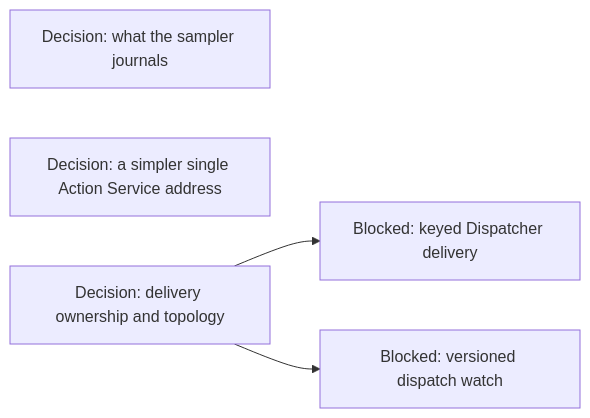
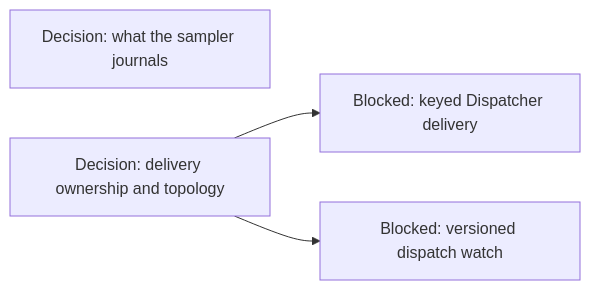
One commit to agentydragon/ducktape changed diagram 19 of 19 in agentplane/plans/task_dag.md. Above: the diagram before and after it, drawn with Mermaid. The commit also changed other lines of this file and 3 other files, not shown here.

````diff
--- a/agentplane/plans/task_dag.md
+++ b/agentplane/plans/task_dag.md
@@ -3318,7 +3254,6 @@
 ```mermaid
 flowchart LR
     SAMPLER_JOURNAL_DIET[Decision: what the sampler journals]
-    ACTION_SERVICE_PORT_SHARING[Decision: a simpler single Action Service address]
     DISPATCHER_PERSISTENCE_MODEL_DESIGN[Decision: delivery ownership and topology] --> DISPATCHER_KEYED_DELIVERY[Blocked: keyed Dispatcher delivery]
     DISPATCHER_PERSISTENCE_MODEL_DESIGN --> DISPATCHER_WATCH_VERSIONS[Blocked: versioned dispatch watch]
 ```
````
